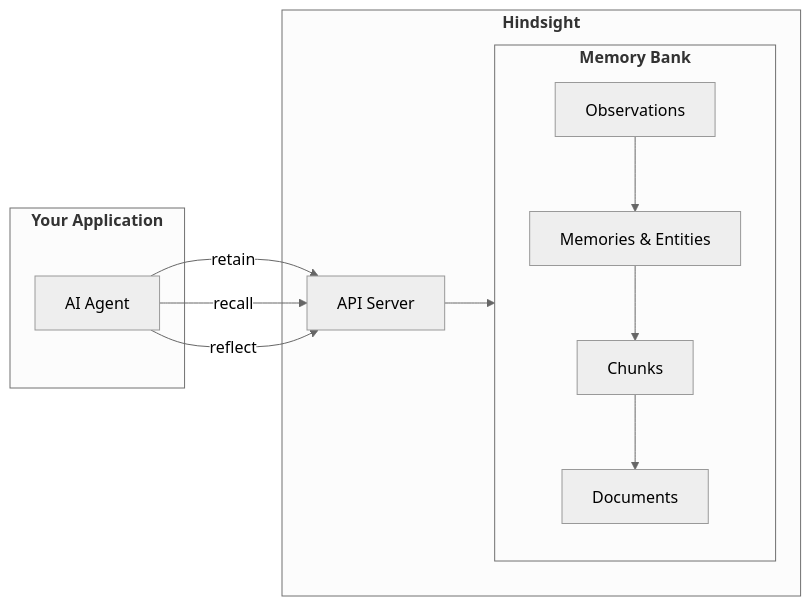
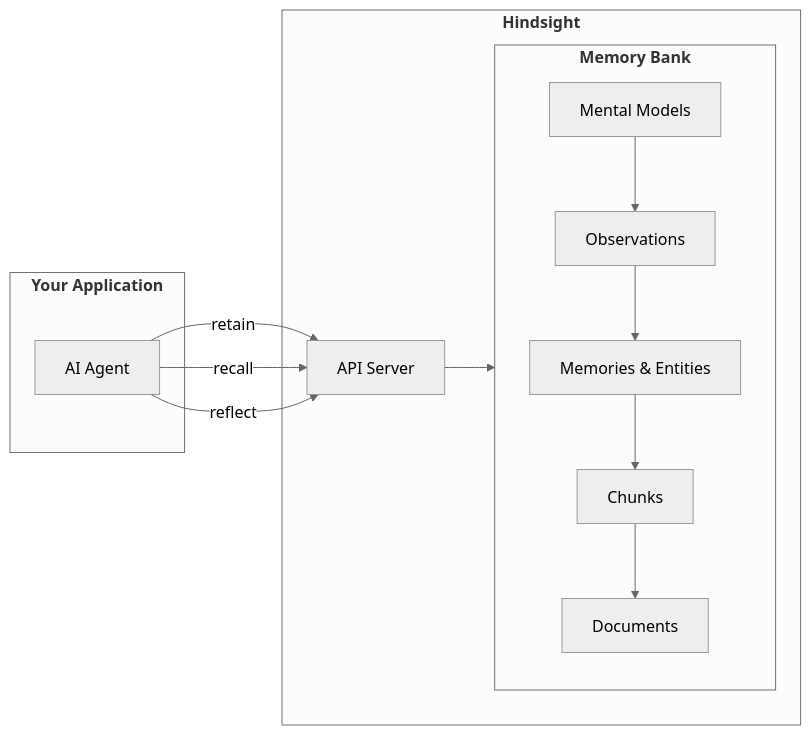
The first of 2 diagrams in hindsight-docs/docs/developer/index.md (karljsamuel/hindsight), drawn with Mermaid (neutral theme) before and after one commit. The commit also changed other lines of this file and 61 other files, not shown here.

First line of the commit message:
fix: misc fixes for observations and mental models (#209)

````diff
--- a/hindsight-docs/docs/developer/index.md
+++ b/hindsight-docs/docs/developer/index.md
@@ -23,26 +23,27 @@
 ```mermaid
 graph LR
     subgraph app["<b>Your Application</b>"]
         Agent[AI Agent]
     end
 
     subgraph hindsight["<b>Hindsight</b>"]
         API[API Server]
 
         subgraph bank["<b>Memory Bank</b>"]
             direction TB
+            MentalModels[Mental Models]
             Observations[Observations]
             MemEnt[Memories & Entities]
             Chunks[Chunks]
             Documents[Documents]
 
-            Observations --> MemEnt --> Chunks --> Documents
+            MentalModels --> Observations --> MemEnt --> Chunks --> Documents
         end
     end
 
     Agent -->|retain| API
     Agent -->|recall| API
     Agent -->|reflect| API
 
     API --> bank
 ```
````
